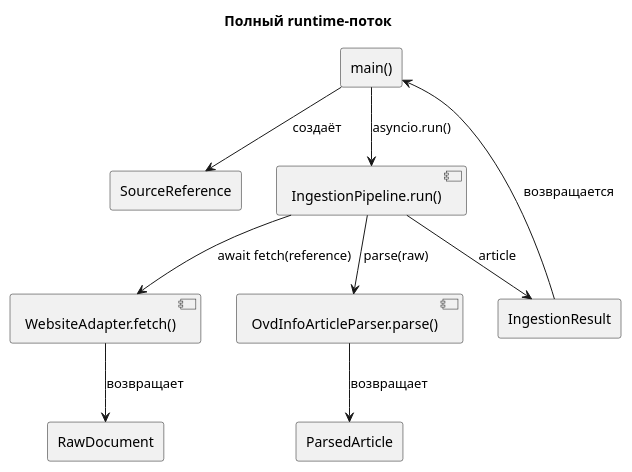
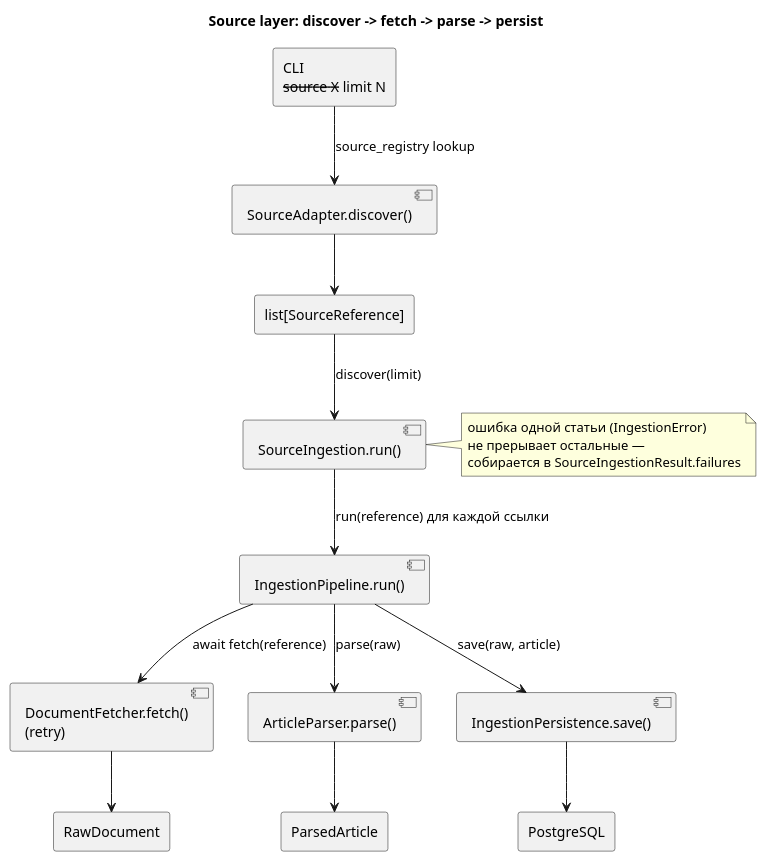
Before and after one commit to megannnn98/court-monitor: the diagram in docs/wiki/Overview.md, drawn with PlantUML. The commit also changed other lines of this file and 23 other files, not shown here.

First line of the commit message:
feat: complete step 9 source layer with a second real source

````diff
--- a/docs/wiki/Overview.md
+++ b/docs/wiki/Overview.md
@@ -5,24 +5,35 @@
 ```plantuml
 @startuml
-title Полный runtime-поток
+title Source layer: discover -> fetch -> parse -> persist
 
-rectangle "main()" as Main
-rectangle "SourceReference" as Reference
+rectangle "CLI\n--source X --limit N" as CLI
+component "SourceAdapter.discover()" as Discover
+rectangle "list[SourceReference]" as References
+component "SourceIngestion.run()" as Ingestion
 component "IngestionPipeline.run()" as Pipeline
-component "WebsiteAdapter.fetch()" as Adapter
+component "DocumentFetcher.fetch()\n(retry)" as Fetcher
 rectangle "RawDocument" as Raw
-component "OvdInfoArticleParser.parse()" as Parser
+component "ArticleParser.parse()" as Parser
 rectangle "ParsedArticle" as Article
-rectangle "IngestionResult" as Result
+component "IngestionPersistence.save()" as Persistence
+rectangle "PostgreSQL" as DB
 
-Main --> Reference : создаёт
-Main --> Pipeline : asyncio.run()
-Pipeline --> Adapter : await fetch(reference)
-Adapter --> Raw : возвращает
+CLI --> Discover : source_registry lookup
+Discover --> References
+References --> Ingestion : discover(limit)
+Ingestion --> Pipeline : run(reference) для каждой ссылки
+Pipeline --> Fetcher : await fetch(reference)
+Fetcher --> Raw
 Pipeline --> Parser : parse(raw)
-Parser --> Article : возвращает
-Pipeline --> Result : article
-Result --> Main : возвращается
+Parser --> Article
+Pipeline --> Persistence : save(raw, article)
+Persistence --> DB
+
+note right of Ingestion
+  ошибка одной статьи (IngestionError)
+  не прерывает остальные —
+  собирается в SourceIngestionResult.failures
+end note
 
 @enduml
 ```
````
